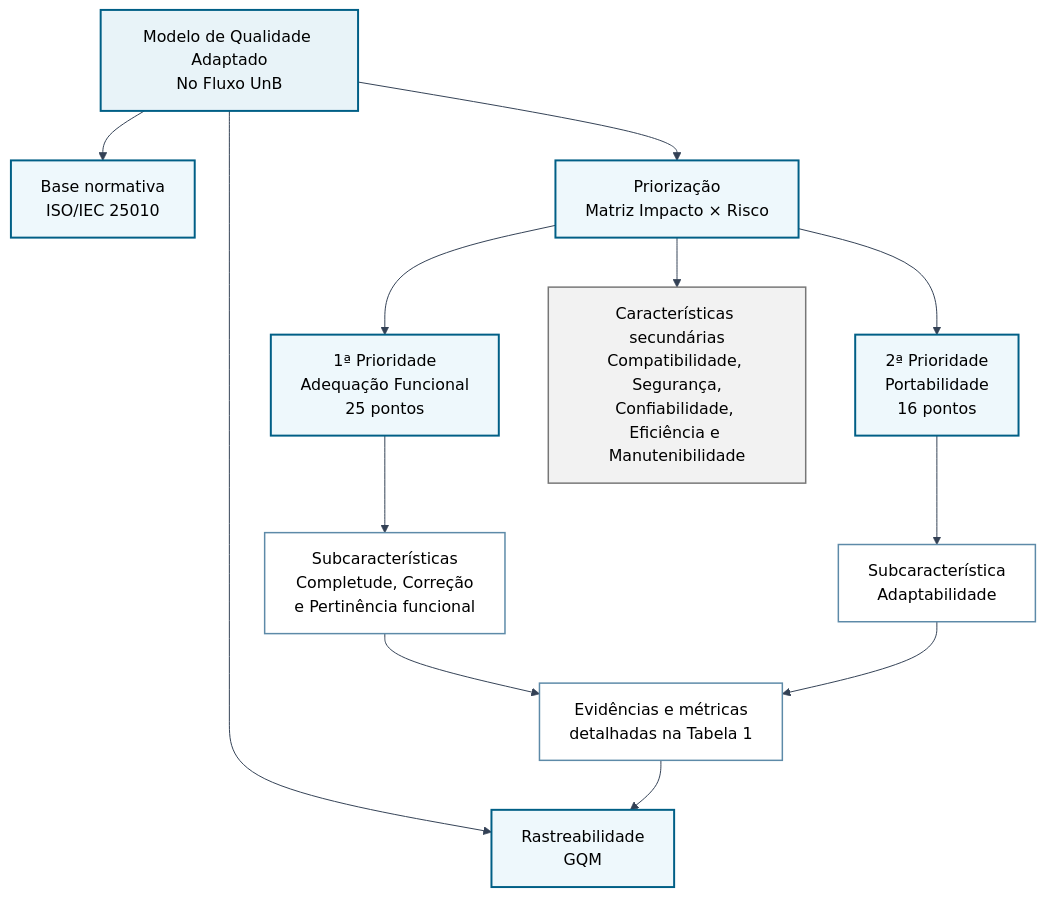
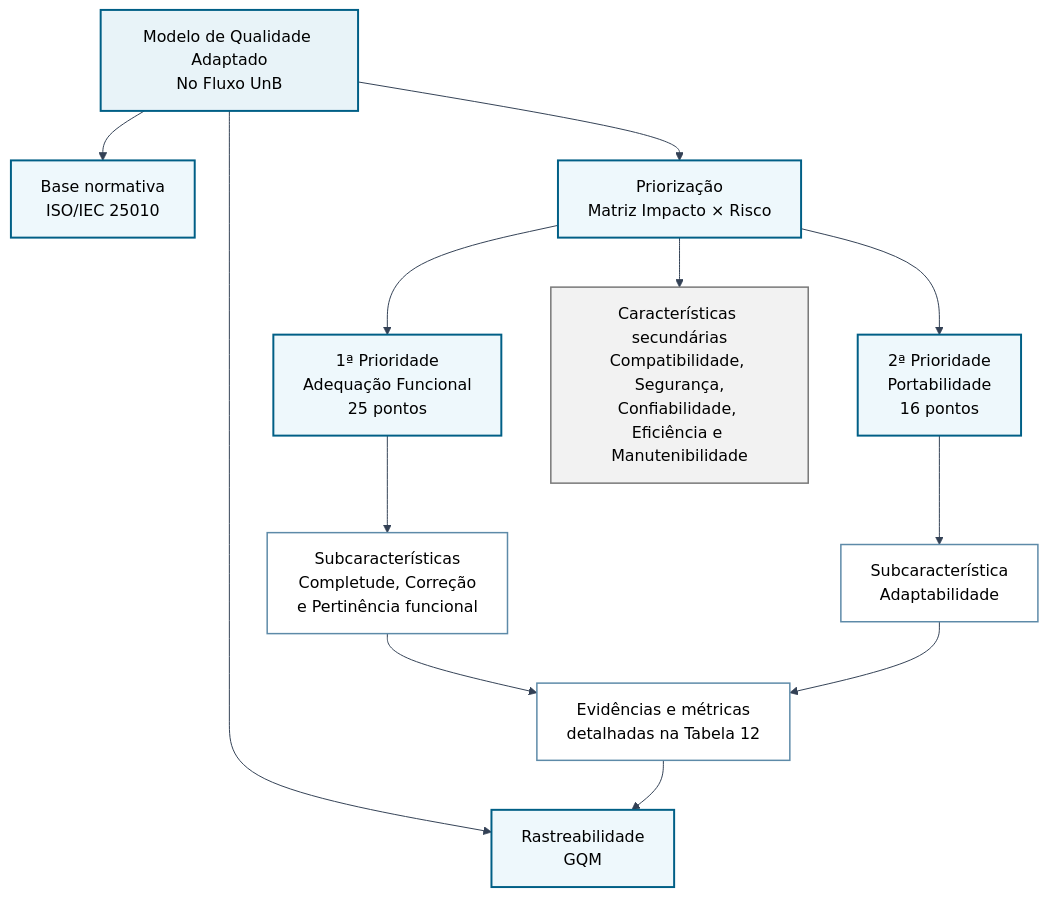
One commit to FCTE-Qualidade-de-Software-1/2026-1_T01_HEDY_LAMAR changed the diagram in docs/fase1/05_modelo_de_qualidade.md. Above: the diagram before and after it, drawn with Mermaid. The commit also changed other lines of this file and 40 other files, not shown here.

````diff
--- a/docs/fase1/05_modelo_de_qualidade.md
+++ b/docs/fase1/05_modelo_de_qualidade.md
@@ -15,30 +15,30 @@
 ```mermaid
 %%{init: {"theme": "base", "themeVariables": {"lineColor": "#334155", "fontFamily": "Arial", "primaryTextColor": "#000000", "secondaryTextColor": "#000000", "tertiaryTextColor": "#000000"}} }%%
 flowchart TD
     A["Modelo de Qualidade Adaptado<br/>No Fluxo UnB"]
 
     A --> ISO["Base normativa<br/>ISO/IEC 25010"]
     A --> PRI["Priorização<br/>Matriz Impacto × Risco"]
     A --> GQM["Rastreabilidade<br/>GQM"]
 
     PRI --> AF["1ª Prioridade<br/>Adequação Funcional<br/>25 pontos"]
     PRI --> PO["2ª Prioridade<br/>Portabilidade<br/>16 pontos"]
     PRI --> SEC["Características secundárias<br/>Compatibilidade, Segurança,<br/>Confiabilidade, Eficiência e Manutenibilidade"]
 
     AF --> AFS["Subcaracterísticas<br/>Completude, Correção<br/>e Pertinência funcional"]
     PO --> POS["Subcaracterística<br/>Adaptabilidade"]
 
-    AFS --> EVI["Evidências e métricas<br/>detalhadas na Tabela 1"]
+    AFS --> EVI["Evidências e métricas<br/>detalhadas na Tabela 12"]
     POS --> EVI
     EVI --> GQM
 
     classDef main fill:#e8f3f8,color:#000000,stroke:#005f86,stroke-width:2px;
     classDef base fill:#eef8fc,color:#000000,stroke:#005f86,stroke-width:2px;
     classDef detail fill:#ffffff,color:#000000,stroke:#5d8aa8,stroke-width:1.5px;
     classDef secondary fill:#f2f2f2,color:#000000,stroke:#777777,stroke-width:1.5px;
 
     class A main;
     class ISO,PRI,GQM,AF,PO base;
     class AFS,POS,EVI detail;
     class SEC secondary;
 ```
````
